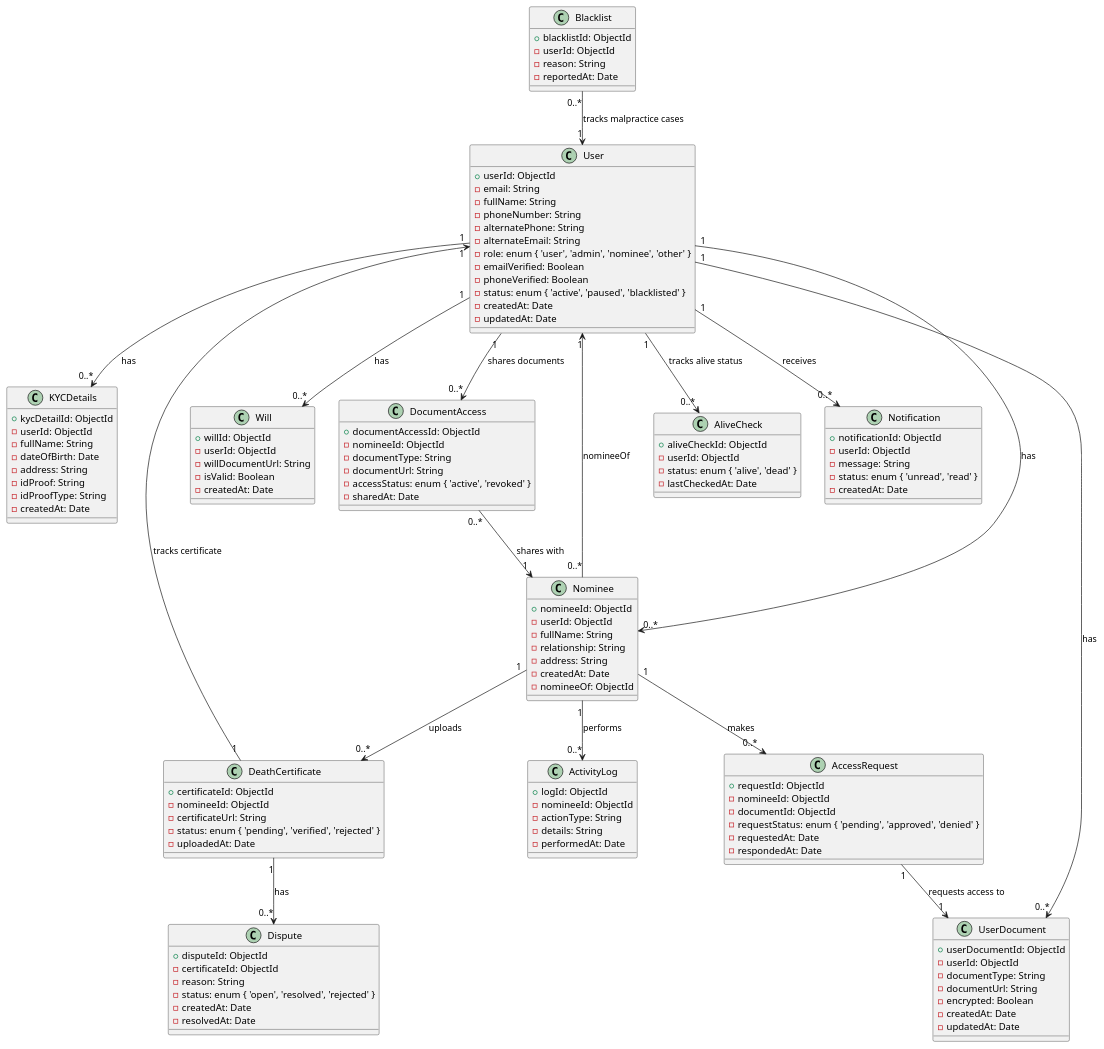
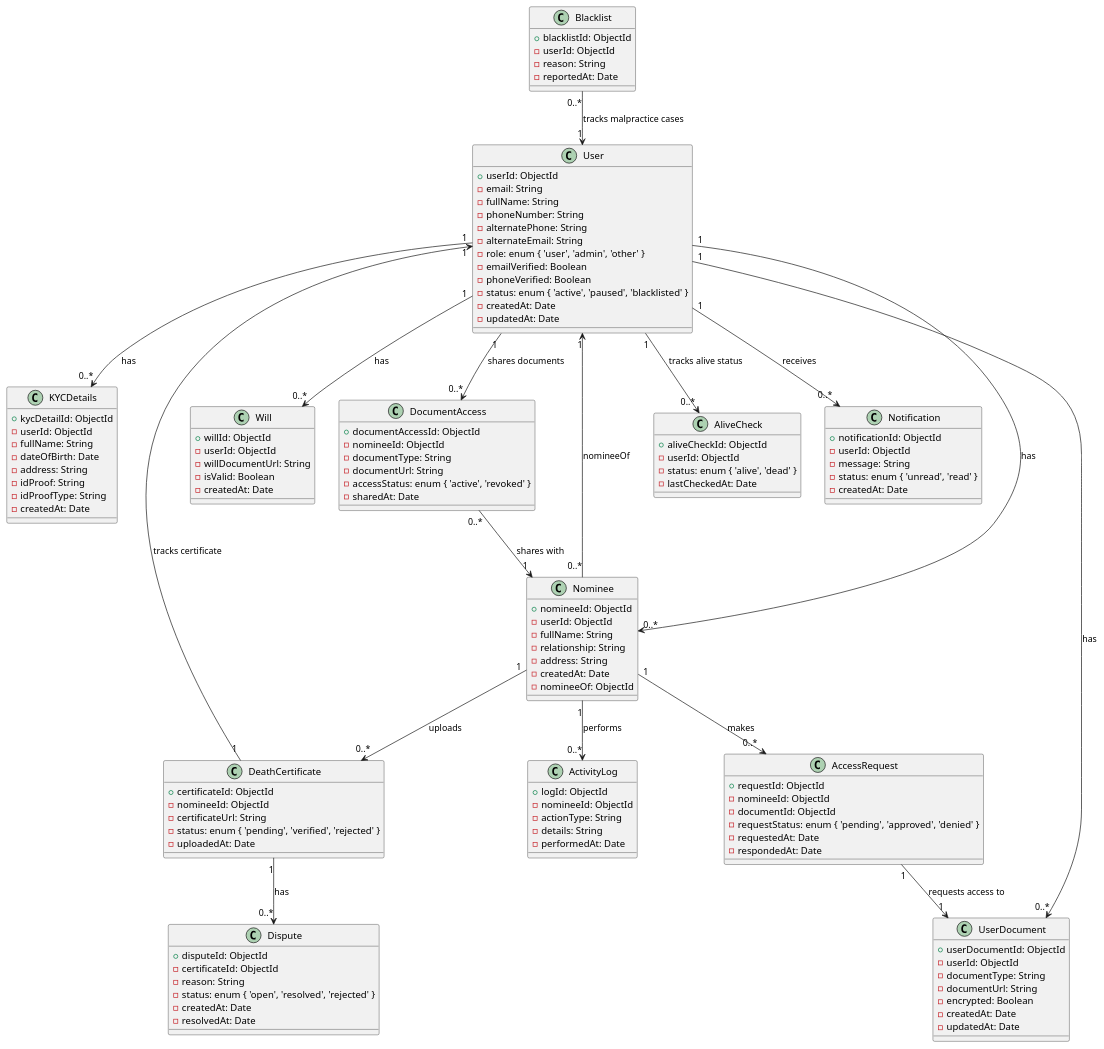
Before and after one commit to vaz007/legacy: the diagram in uml_diagrams/uml_db.puml, drawn with PlantUML. The commit also changed 15 other files, not shown here.

```diff
--- a/uml_diagrams/uml_db.puml
+++ b/uml_diagrams/uml_db.puml
@@ -1,151 +1,151 @@
 @startuml
 ' User class with basic information
 class User {
   + userId: ObjectId
   - email: String
   - fullName: String
   - phoneNumber: String
   - alternatePhone: String
   - alternateEmail: String
-  - role: enum { 'user', 'admin', 'nominee', 'other' }
+  - role: enum { 'user', 'admin', 'other' }
   - emailVerified: Boolean
   - phoneVerified: Boolean
   - status: enum { 'active', 'paused', 'blacklisted' }
   - createdAt: Date
   - updatedAt: Date
 }
 
 ' KYCDetails class
 class KYCDetails {
   + kycDetailId: ObjectId
   - userId: ObjectId
   - fullName: String
   - dateOfBirth: Date
   - address: String
   - idProof: String
   - idProofType: String
   - createdAt: Date
 }
 
 ' Nominee class
 class Nominee {
   + nomineeId: ObjectId
   - userId: ObjectId
   - fullName: String
   - relationship: String
   - address: String
   - createdAt: Date
   - nomineeOf: ObjectId
 }
 
 ' DeathCertificate class
 class DeathCertificate {
   + certificateId: ObjectId
   - nomineeId: ObjectId
   - certificateUrl: String
   - status: enum { 'pending', 'verified', 'rejected' }
   - uploadedAt: Date
 }
 
 ' Will class
 class Will {
   + willId: ObjectId
   - userId: ObjectId
   - willDocumentUrl: String
   - isValid: Boolean
   - createdAt: Date
 }
 
 ' UserDocument class
 class UserDocument {
   + userDocumentId: ObjectId
   - userId: ObjectId
   - documentType: String
   - documentUrl: String
   - encrypted: Boolean
   - createdAt: Date
   - updatedAt: Date
 }
 
 ' DocumentAccess class to manage sharing of documents with Nominee
 class DocumentAccess {
   + documentAccessId: ObjectId
   - nomineeId: ObjectId
   - documentType: String
   - documentUrl: String
   - accessStatus: enum { 'active', 'revoked' }
   - sharedAt: Date
 }
 
 ' Blacklist class to track malpractice
 class Blacklist {
   + blacklistId: ObjectId
   - userId: ObjectId
   - reason: String
   - reportedAt: Date
 }
 
 ' AliveCheck class to track user alive status
 class AliveCheck {
   + aliveCheckId: ObjectId
   - userId: ObjectId
   - status: enum { 'alive', 'dead' }
   - lastCheckedAt: Date
 }
 
 ' AccessRequest class to track document access requests
 class AccessRequest {
   + requestId: ObjectId
   - nomineeId: ObjectId
   - documentId: ObjectId
   - requestStatus: enum { 'pending', 'approved', 'denied' }
   - requestedAt: Date
   - respondedAt: Date
 }
 
 ' Notification class to notify users/nominees
 class Notification {
   + notificationId: ObjectId
   - userId: ObjectId
   - message: String
   - status: enum { 'unread', 'read' }
   - createdAt: Date
 }
 
 ' Dispute class to handle disputes related to death certificates
 class Dispute {
   + disputeId: ObjectId
   - certificateId: ObjectId
   - reason: String
   - status: enum { 'open', 'resolved', 'rejected' }
   - createdAt: Date
   - resolvedAt: Date
 }
 
 ' ActivityLog class to track nominee activities
 class ActivityLog {
   + logId: ObjectId
   - nomineeId: ObjectId
   - actionType: String
   - details: String
   - performedAt: Date
 }
 
 ' Relationships
 User "1" --> "0..*" KYCDetails : has
 User "1" --> "0..*" Nominee : has
 User "1" --> "0..*" UserDocument : has
 User "1" --> "0..*" Will : has
 User "1" --> "0..*" AliveCheck : tracks alive status
 User "1" --> "0..*" DocumentAccess : shares documents
 User "1" --> "0..*" Notification : receives
 Nominee "1" --> "0..*" DeathCertificate : uploads
 Nominee "0..*" --> "1" User : nomineeOf
 Nominee "1" --> "0..*" AccessRequest : makes
 Nominee "1" --> "0..*" ActivityLog : performs
 DeathCertificate "1" --> "1" User : tracks certificate
 DeathCertificate "1" --> "0..*" Dispute : has
 Blacklist "0..*" --> "1" User : tracks malpractice cases
 DocumentAccess "0..*" --> "1" Nominee : shares with
 AccessRequest "1" --> "1" UserDocument : requests access to
 @enduml
```
